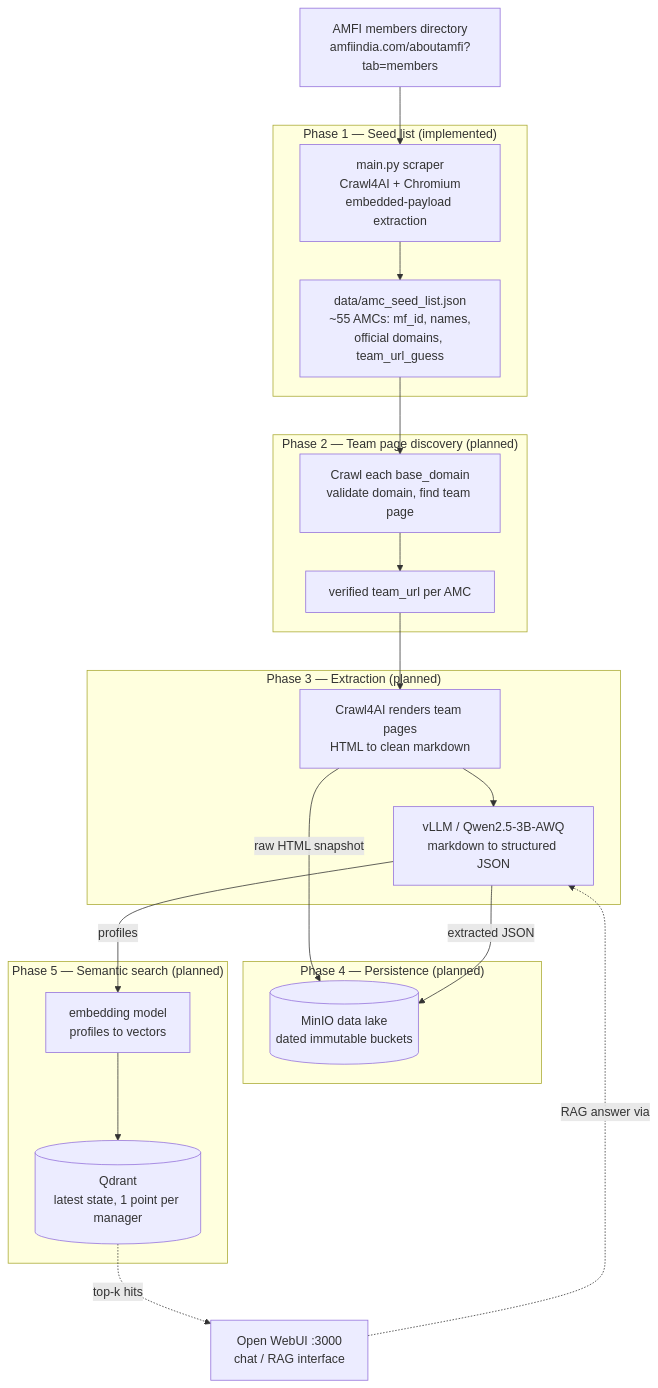
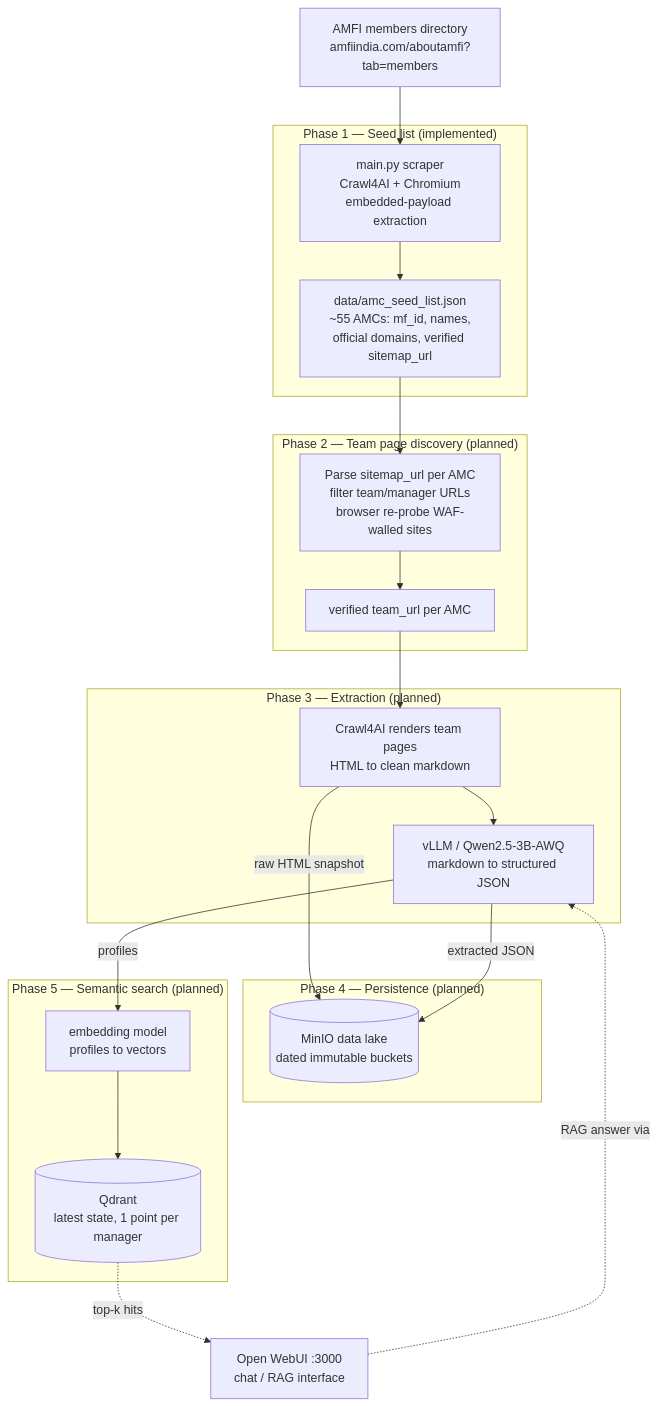
One commit to dvygo/MF-Engine changed the first of 2 diagrams in docs/high-level-flowchart.md. Above: the diagram before and after it, drawn with Mermaid. The commit also changed 6 other files, not shown here.

First line of the commit message:
feat: replace fabricated team_url_guess with verified sitemap discovery

````diff
--- a/docs/high-level-flowchart.md
+++ b/docs/high-level-flowchart.md
@@ -5,43 +5,43 @@
 ```mermaid
 flowchart TD
     AMFI["AMFI members directory<br/>amfiindia.com/aboutamfi?tab=members"]
 
     subgraph PH1["Phase 1 — Seed list (implemented)"]
         SCRAPER["main.py scraper<br/>Crawl4AI + Chromium<br/>embedded-payload extraction"]
-        SEED["data/amc_seed_list.json<br/>~55 AMCs: mf_id, names,<br/>official domains, team_url_guess"]
+        SEED["data/amc_seed_list.json<br/>~55 AMCs: mf_id, names,<br/>official domains, verified sitemap_url"]
         SCRAPER --> SEED
     end
 
     subgraph PH2["Phase 2 — Team page discovery (planned)"]
-        DISCOVER["Crawl each base_domain<br/>validate domain, find team page"]
+        DISCOVER["Parse sitemap_url per AMC<br/>filter team/manager URLs<br/>browser re-probe WAF-walled sites"]
         TEAMURLS["verified team_url per AMC"]
         DISCOVER --> TEAMURLS
     end
 
     subgraph PH3["Phase 3 — Extraction (planned)"]
         CRAWL["Crawl4AI renders team pages<br/>HTML to clean markdown"]
         LLM["vLLM / Qwen2.5-3B-AWQ<br/>markdown to structured JSON"]
         CRAWL --> LLM
     end
 
     subgraph PH4["Phase 4 — Persistence (planned)"]
         MINIO[("MinIO data lake<br/>dated immutable buckets")]
     end
 
     subgraph PH5["Phase 5 — Semantic search (planned)"]
         EMBED["embedding model<br/>profiles to vectors"]
         QDRANT[("Qdrant<br/>latest state, 1 point per manager")]
         EMBED --> QDRANT
     end
 
     UI["Open WebUI :3000<br/>chat / RAG interface"]
 
     AMFI --> SCRAPER
     SEED --> DISCOVER
     TEAMURLS --> CRAWL
     CRAWL -- "raw HTML snapshot" --> MINIO
     LLM -- "extracted JSON" --> MINIO
     LLM -- "profiles" --> EMBED
     QDRANT -. "top-k hits" .-> UI
     UI -. "RAG answer via" .-> LLM
 ```
````
